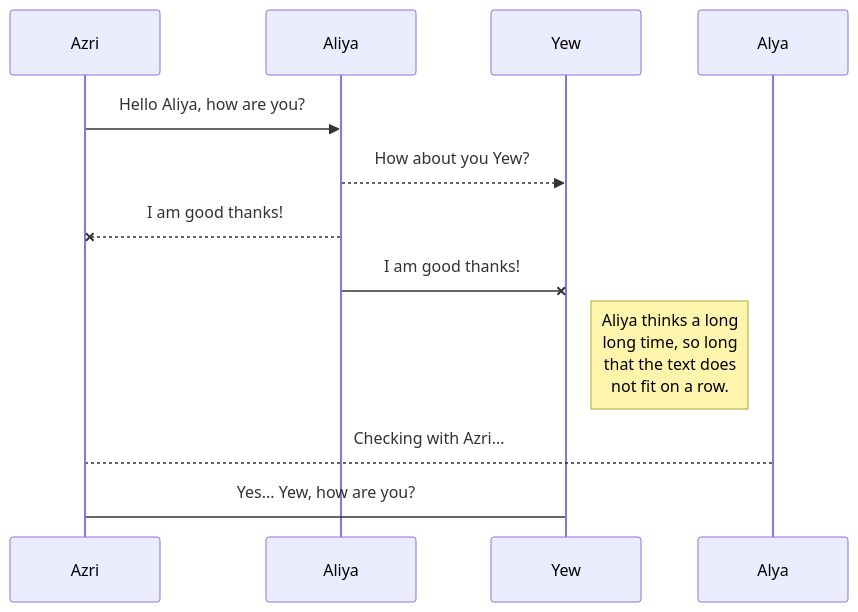
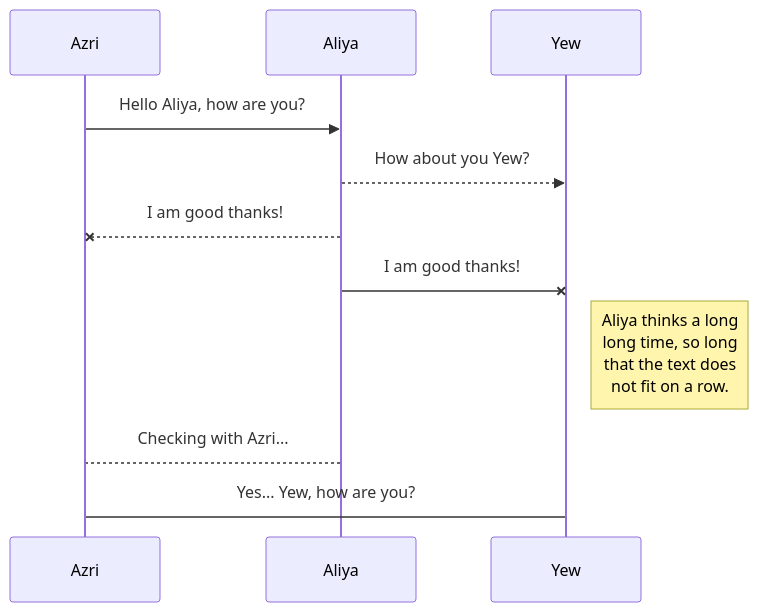
The first of 2 diagrams in exercise/HPDP/alydmia/readme.md (drshahizan/learn-github), drawn with Mermaid before and after one commit.

````diff
--- a/exercise/HPDP/alydmia/readme.md
+++ b/exercise/HPDP/alydmia/readme.md
@@ -44,11 +44,11 @@
 ```mermaid
 sequenceDiagram
 Azri ->> Aliya: Hello Aliya, how are you?
 Aliya-->>Yew: How about you Yew?
 Aliya--x Azri: I am good thanks!
 Aliya-x Yew: I am good thanks!
 Note right of Yew: Aliya thinks a long<br/>long time, so long<br/>that the text does<br/>not fit on a row.
 
-Alya-->Azri: Checking with Azri...
+Aliya-->Azri: Checking with Azri...
 Azri->Yew: Yes... Yew, how are you?
 ```
````
